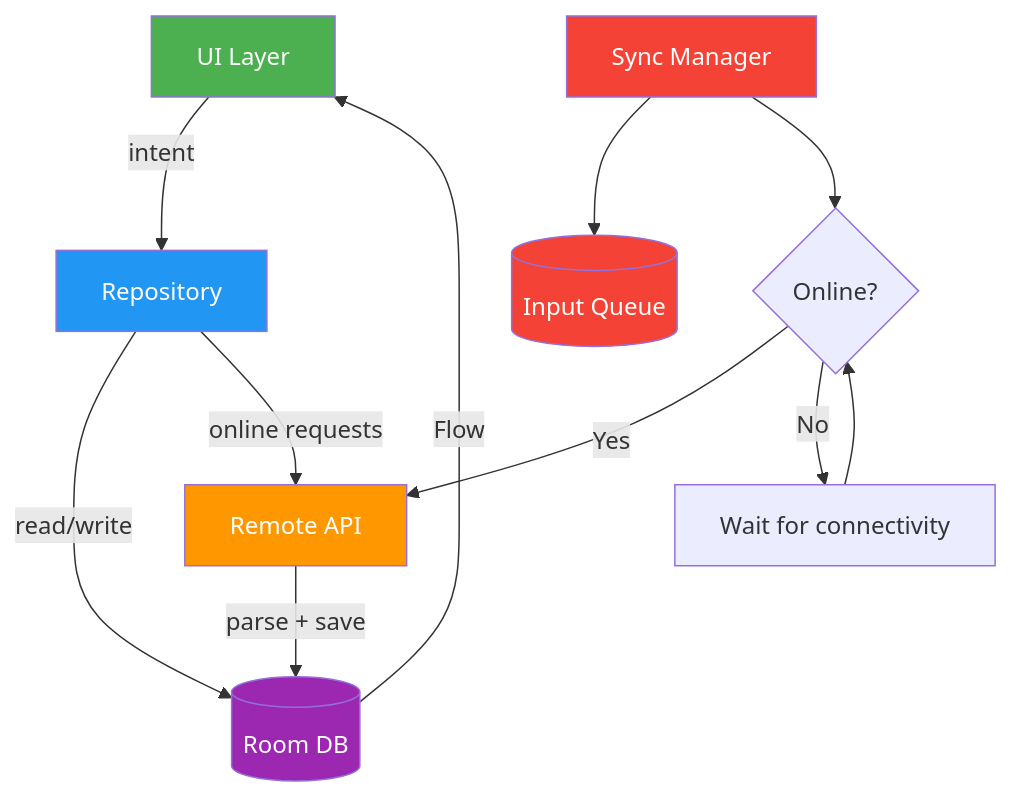
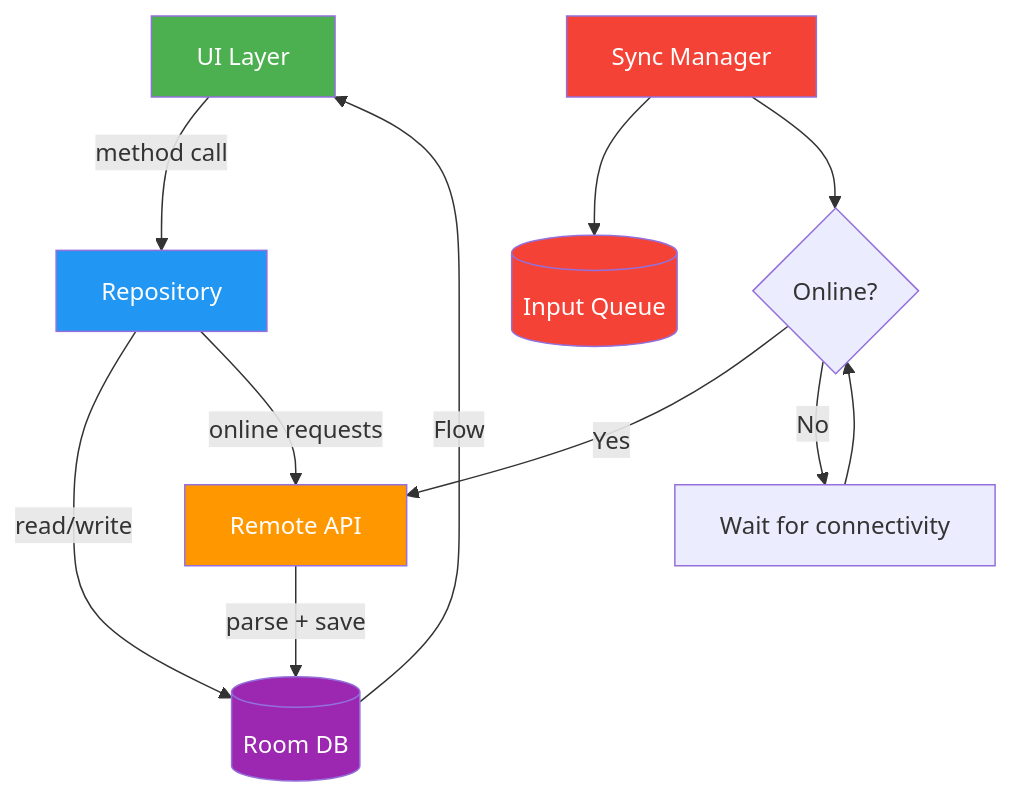
One commit to LStudioO/skilky-money-tracker changed the fourth of 9 diagrams in docs/architecture.md. Above: the diagram before and after it, drawn with Mermaid. The commit also changed other lines of this file and 12 other files, not shown here.

````diff
--- a/docs/architecture.md
+++ b/docs/architecture.md
@@ -169,29 +168,29 @@
 ```mermaid
 flowchart TD
     UI[UI Layer]
     REPO[Repository]
     ROOM[(Room DB)]
     API[Remote API]
     SYNC[Sync Manager]
     QUEUE[(Input Queue)]
     NET{Online?}
 
-    UI -->|intent| REPO
+    UI -->|method call| REPO
     REPO -->|read/write| ROOM
     REPO -->|online requests| API
     API -->|parse + save| ROOM
     ROOM -->|Flow| UI
 
     SYNC --> QUEUE
     SYNC --> NET
     NET -->|Yes| API
     NET -->|No| WAIT[Wait for connectivity]
     WAIT --> NET
 
     style UI fill:#4CAF50,color:#fff
     style REPO fill:#2196F3,color:#fff
     style ROOM fill:#9C27B0,color:#fff
     style API fill:#FF9800,color:#fff
     style SYNC fill:#F44336,color:#fff
     style QUEUE fill:#F44336,color:#fff
 ```
````
